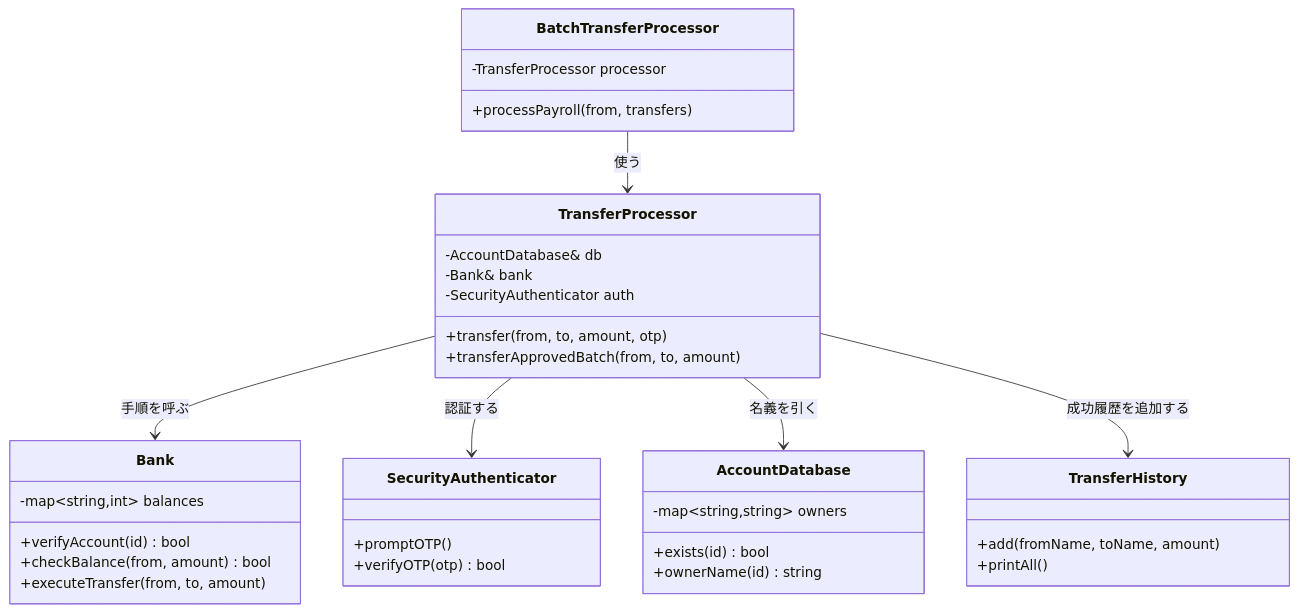
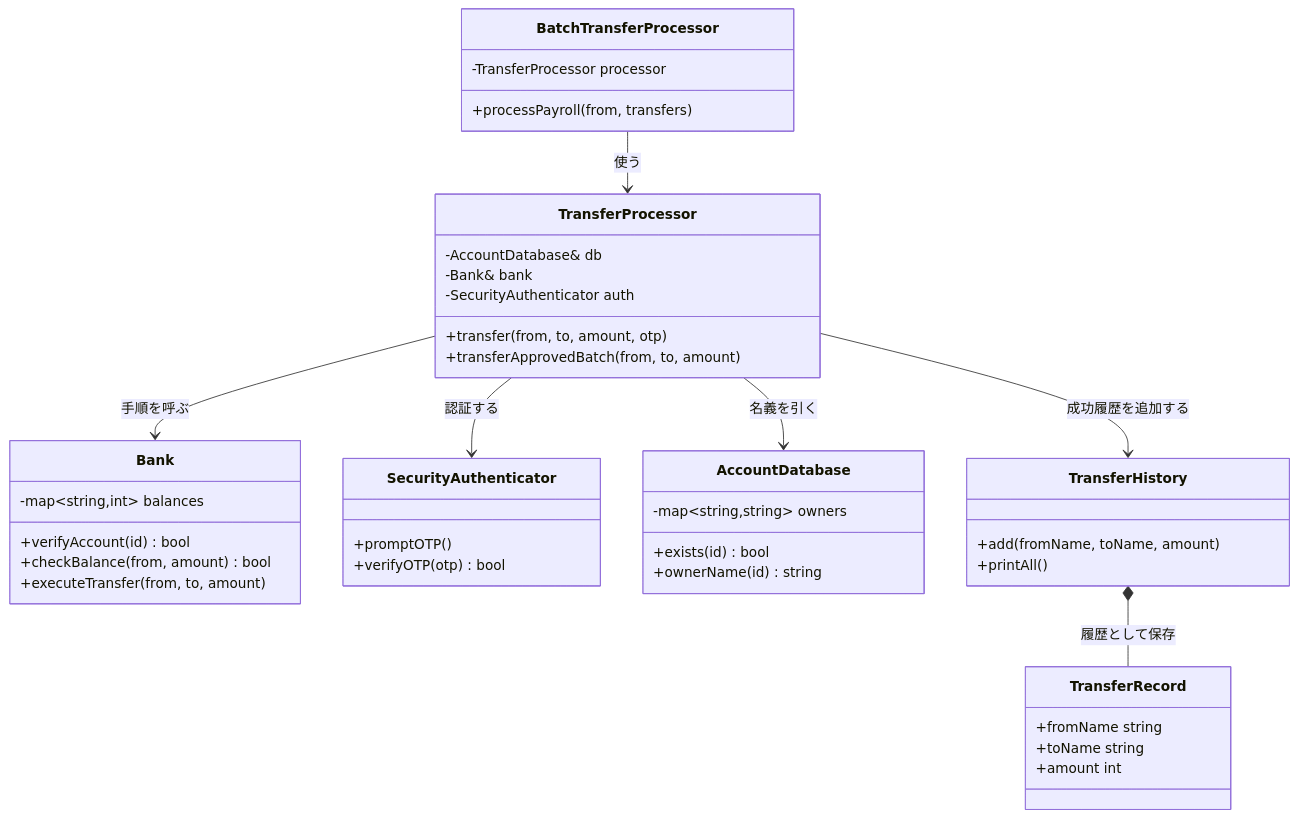
One commit to kumachan1101-pixel/DesignPattern changed the third of 12 diagrams in kindle/design-patterns/output/chapter02.md. Above: the diagram before and after it, drawn with Mermaid. The commit also changed other lines of this file and 14 other files, not shown here.

Commit message:
全章の仕様図と変更対象外基盤を整合

````diff
--- a/kindle/design-patterns/output/chapter02.md
+++ b/kindle/design-patterns/output/chapter02.md
@@ -164,39 +190,45 @@
 ```mermaid
 classDiagram
     class BatchTransferProcessor {
         -TransferProcessor processor
         +processPayroll(from, transfers)
     }
     class TransferProcessor {
         -AccountDatabase& db
         -Bank& bank
         -SecurityAuthenticator auth
         +transfer(from, to, amount, otp)
         +transferApprovedBatch(from, to, amount)
     }
     class Bank {
         -map~string,int~ balances
         +verifyAccount(id) bool
         +checkBalance(from, amount) bool
         +executeTransfer(from, to, amount)
     }
     class SecurityAuthenticator {
         +promptOTP()
         +verifyOTP(otp) bool
     }
     class AccountDatabase {
         -map~string,string~ owners
         +exists(id) bool
         +ownerName(id) string
     }
     class TransferHistory {
         +add(fromName, toName, amount)
         +printAll()
     }
+    class TransferRecord {
+        +fromName string
+        +toName string
+        +amount int
+    }
 
     BatchTransferProcessor --> TransferProcessor : 使う
     TransferProcessor --> Bank : 手順を呼ぶ
     TransferProcessor --> SecurityAuthenticator : 認証する
     TransferProcessor --> AccountDatabase : 名義を引く
     TransferProcessor --> TransferHistory : 成功履歴を追加する
+    TransferHistory *-- TransferRecord : 履歴として保存
 ```
````
